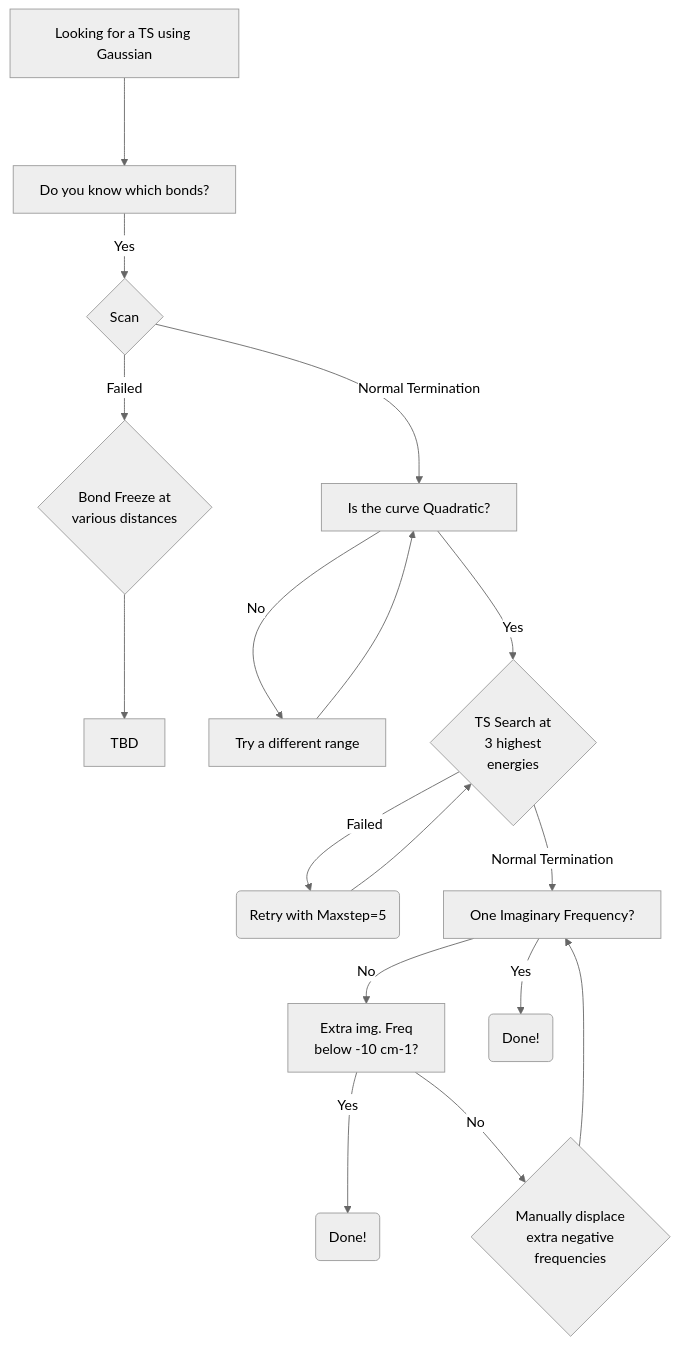
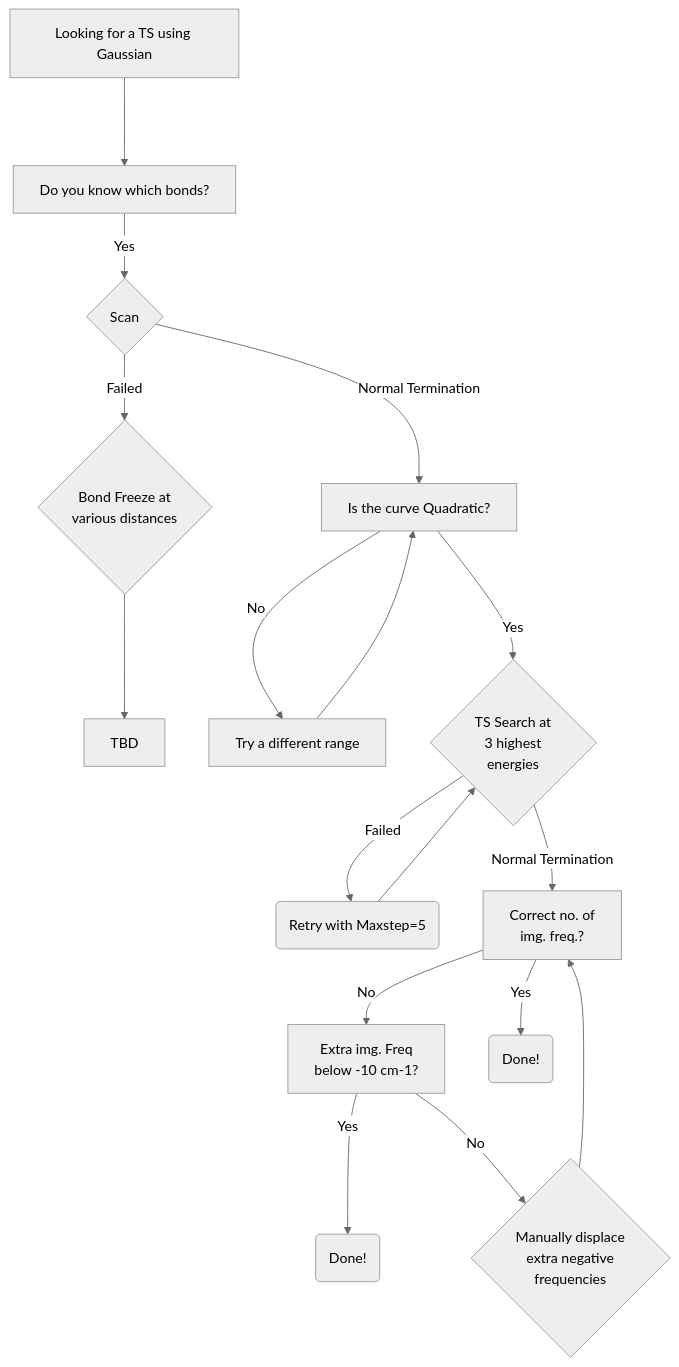
One commit to Trujillo-Group/trujillo_group_resources changed the diagram in tutorials/TS/README.md. Above: the diagram before and after it, drawn with Mermaid (neutral theme).

Commit message:
Updated TS workflow

````diff
--- a/tutorials/TS/README.md
+++ b/tutorials/TS/README.md
@@ -22,26 +22,27 @@
 ```mermaid
 flowchart TD
     A[Looking for a TS using Gaussian] ---> B[Do you know which bonds?]
     B -- Yes --> C{Scan}
     C -- Failed --> D{Bond Freeze at
                      various distances}
     D --> O[TBD]
     C -- Normal Termination --> E[Is the curve Quadratic?]
     E -- No --> F[Try a different range]
     F --> E
     E -- Yes --> G{TS Search at 
         3 highest
         energies}
     G -- Failed --> H(Retry with Maxstep=5)
     H --> G
-    G -- Normal Termination --> I[One Imaginary Frequency?]
+    G -- Normal Termination --> I[Correct no. of
+                                img. freq.?]
     I -- No --> J[Extra img. Freq 
                 below -10 cm-1?]
     J -- Yes --> K(Done!)
     J -- No --> M{Manually displace
         extra negative
         frequencies}
     M --> I
     I -- Yes --> N(Done!)
 
 ```
````
